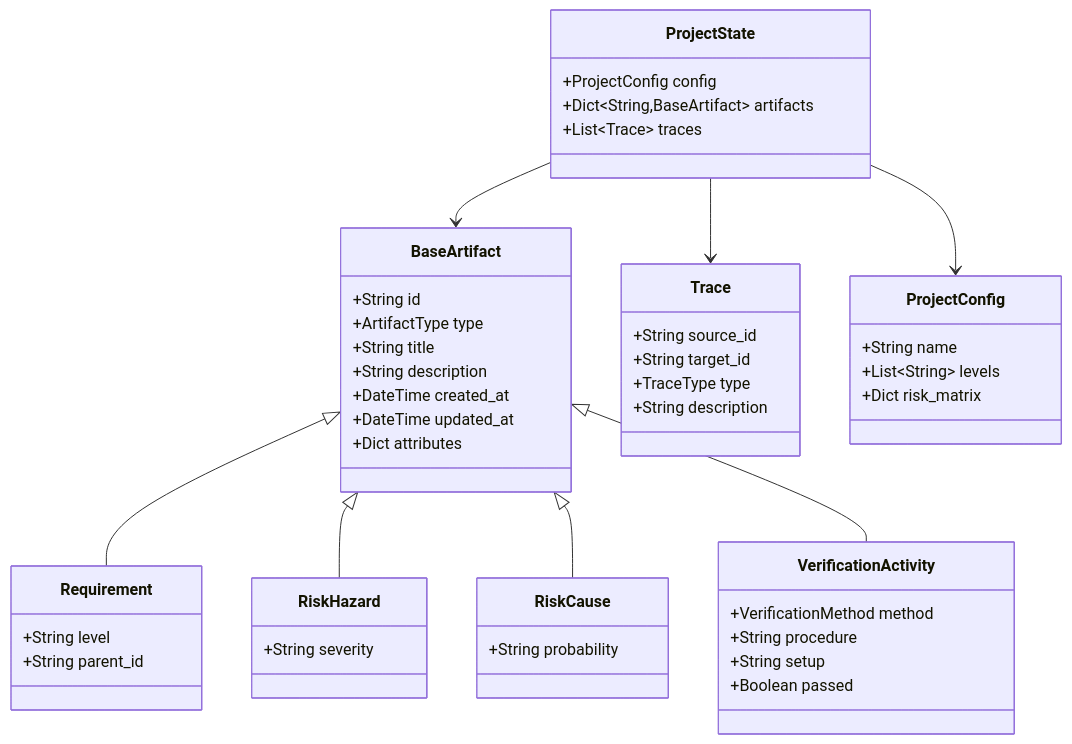
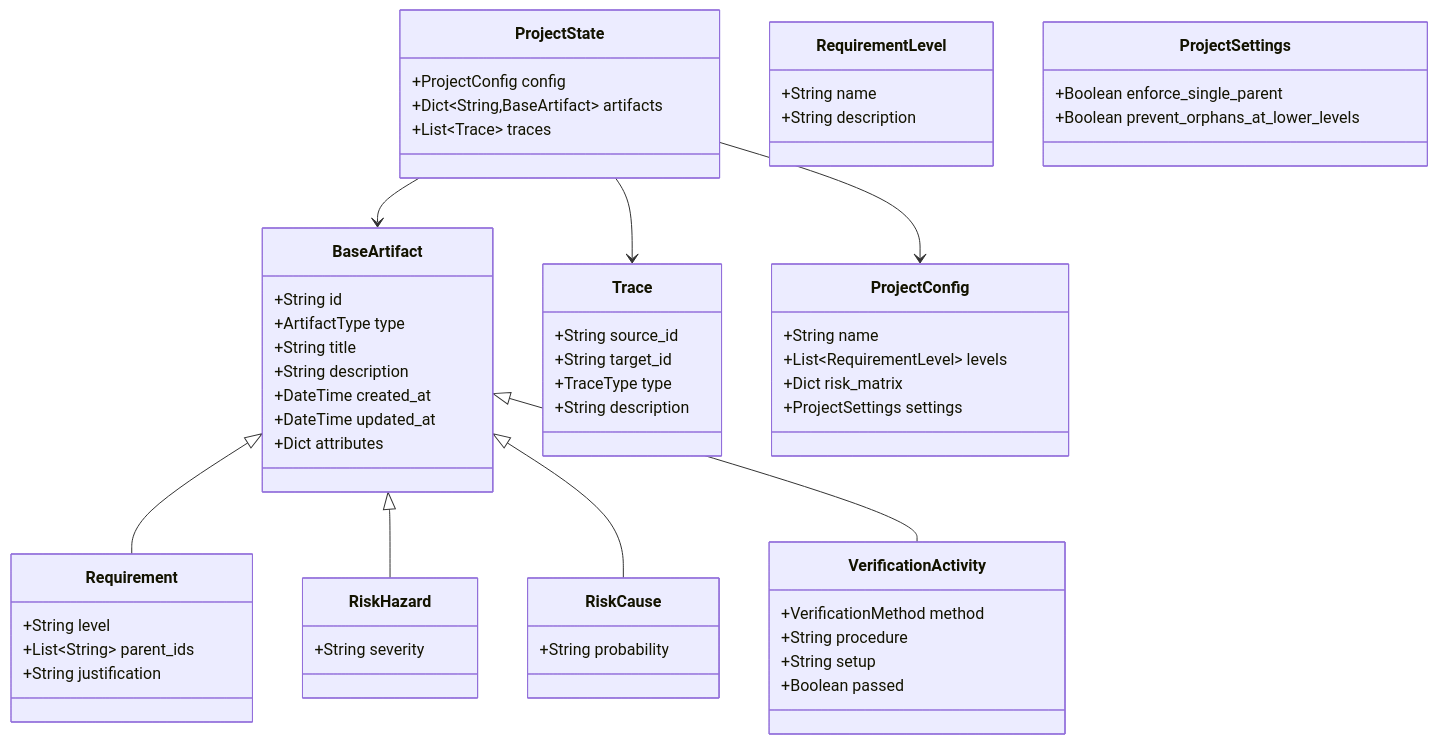
Before and after one commit to mpvismer/sealmit: the second of 2 diagrams in KNOWLEDGE_BASE.md, drawn with Mermaid. The commit also changed 27 other files, not shown here.

````diff
--- a/KNOWLEDGE_BASE.md
+++ b/KNOWLEDGE_BASE.md
@@ -118,59 +118,71 @@
 ```mermaid
 classDiagram
     class BaseArtifact {
         +String id
         +ArtifactType type
         +String title
         +String description
         +DateTime created_at
         +DateTime updated_at
         +Dict attributes
     }
     
     class Requirement {
         +String level
-        +String parent_id
+        +List~String~ parent_ids
+        +String justification
     }
     
     class RiskHazard {
         +String severity
     }
     
     class RiskCause {
         +String probability
     }
     
     class VerificationActivity {
         +VerificationMethod method
         +String procedure
         +String setup
         +Boolean passed
     }
     
     class Trace {
         +String source_id
         +String target_id
         +TraceType type
         +String description
     }
     
     class ProjectState {
         +ProjectConfig config
         +Dict~String,BaseArtifact~ artifacts
         +List~Trace~ traces
     }
     
+    class RequirementLevel {
+        +String name
+        +String description
+    }
+    
+    class ProjectSettings {
+        +Boolean enforce_single_parent
+        +Boolean prevent_orphans_at_lower_levels
+    }
+    
     class ProjectConfig {
         +String name
-        +List~String~ levels
+        +List~RequirementLevel~ levels
         +Dict risk_matrix
+        +ProjectSettings settings
     }
     
     BaseArtifact <|-- Requirement
     BaseArtifact <|-- RiskHazard
     BaseArtifact <|-- RiskCause
     BaseArtifact <|-- VerificationActivity
     ProjectState --> ProjectConfig
     ProjectState --> BaseArtifact
     ProjectState --> Trace
 ```
````
